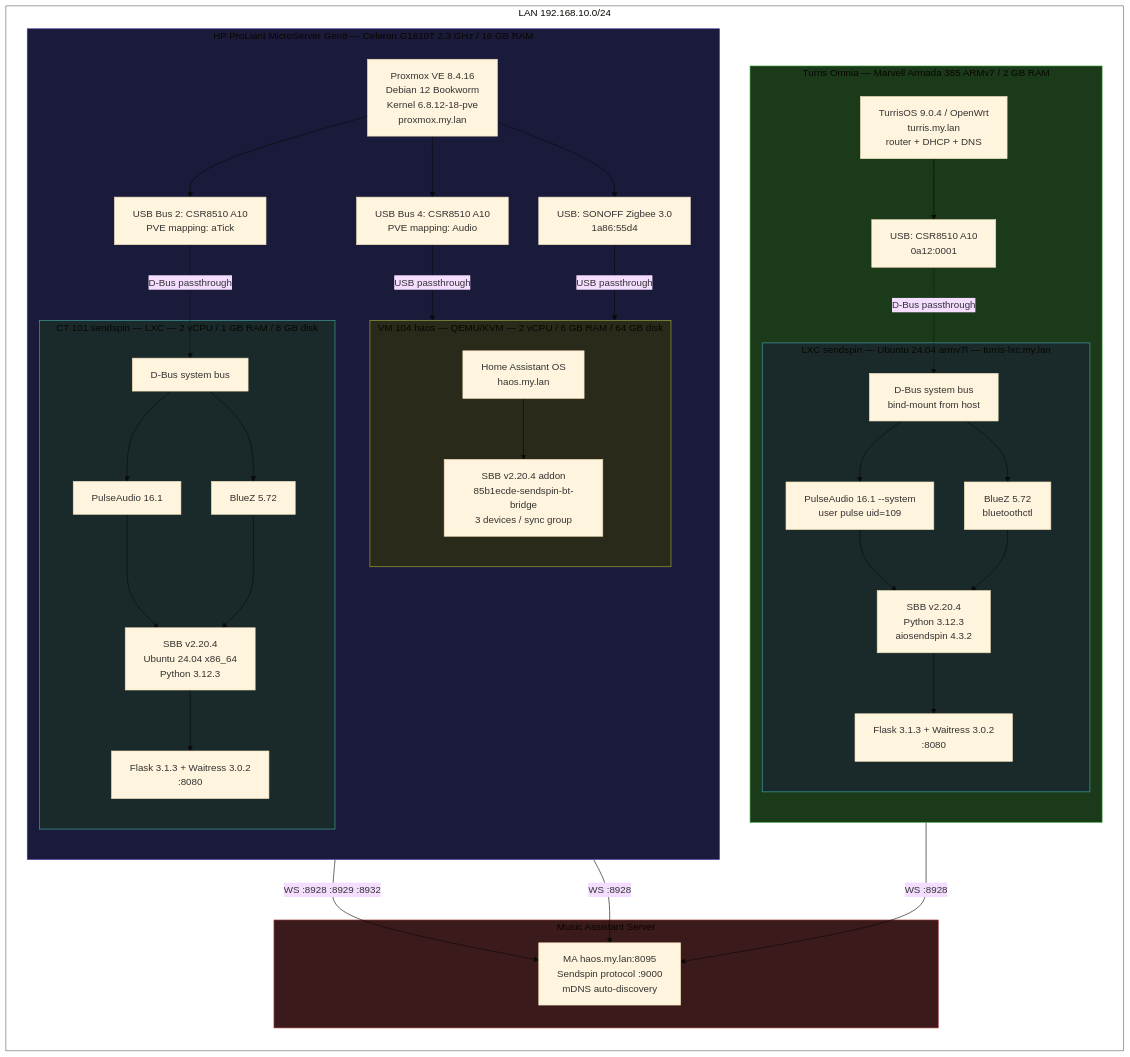
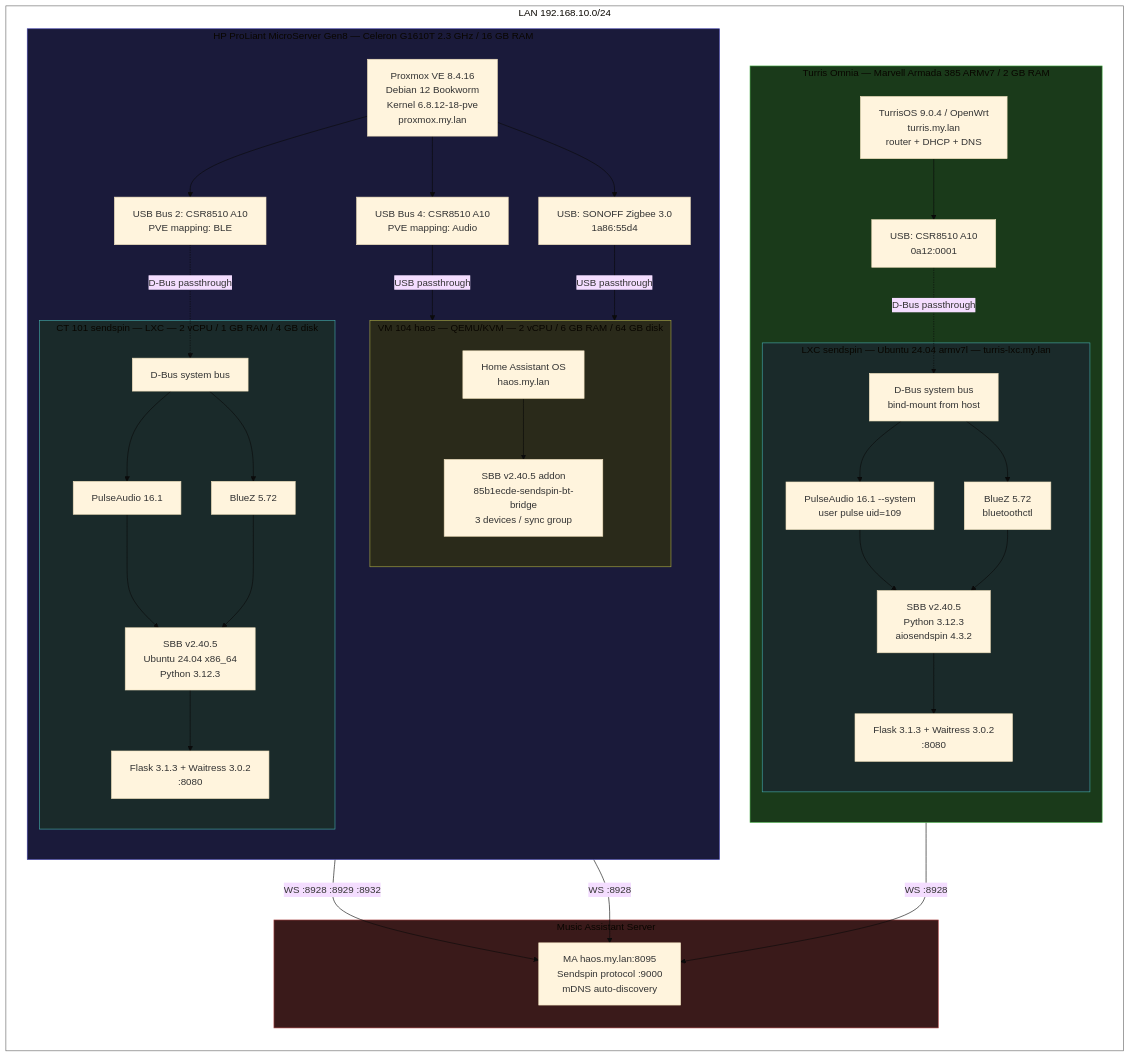
The first of 3 diagrams in docs-site/src/content/docs/test-stand.md (trudenboy/sendspin-bt-bridge), drawn with Mermaid (base theme) before and after one commit. The commit also changed other lines of this file and 49 other files, not shown here.

````diff
--- a/docs-site/src/content/docs/test-stand.md
+++ b/docs-site/src/content/docs/test-stand.md
@@ -10,76 +12,76 @@
 ```mermaid
 graph TB
     subgraph net["LAN 192.168.10.0/24"]
         direction TB
 
         subgraph turris["Turris Omnia — Marvell Armada 385 ARMv7 / 2 GB RAM"]
             direction TB
             T_HOST["TurrisOS 9.0.4 / OpenWrt<br/>turris.my.lan<br/>router + DHCP + DNS"]
             T_USB["USB: CSR8510 A10<br/>0a12:0001"]
             subgraph T_LXC["LXC sendspin — Ubuntu 24.04 armv7l — turris-lxc.my.lan"]
                 T_DBUS["D-Bus system bus<br/>bind-mount from host"]
                 T_PA["PulseAudio 16.1 --system<br/>user pulse uid=109"]
                 T_BLUEZ["BlueZ 5.72<br/>bluetoothctl"]
-                T_SBB["SBB v2.20.4<br/>Python 3.12.3<br/>aiosendspin 4.3.2"]
+                T_SBB["SBB v2.40.5<br/>Python 3.12.3<br/>aiosendspin 4.3.2"]
                 T_WEB["Flask 3.1.3 + Waitress 3.0.2<br/>:8080"]
                 T_DBUS --> T_BLUEZ
                 T_DBUS --> T_PA
                 T_PA --> T_SBB
                 T_BLUEZ --> T_SBB
                 T_SBB --> T_WEB
             end
             T_HOST --> T_USB
             T_USB -.->|D-Bus passthrough| T_DBUS
         end
 
         subgraph proxmox["HP ProLiant MicroServer Gen8 — Celeron G1610T 2.3 GHz / 16 GB RAM"]
             direction TB
             P_HOST["Proxmox VE 8.4.16<br/>Debian 12 Bookworm<br/>Kernel 6.8.12-18-pve<br/>proxmox.my.lan"]
             P_USB1["USB Bus 4: CSR8510 A10<br/>PVE mapping: Audio"]
-            P_USB2["USB Bus 2: CSR8510 A10<br/>PVE mapping: aTick"]
+            P_USB2["USB Bus 2: CSR8510 A10<br/>PVE mapping: BLE"]
             P_ZIG["USB: SONOFF Zigbee 3.0<br/>1a86:55d4"]
 
             subgraph P_VM["VM 104 haos — QEMU/KVM — 2 vCPU / 6 GB RAM / 64 GB disk"]
                 P_HAOS["Home Assistant OS<br/>haos.my.lan"]
-                P_ADDON["SBB v2.20.4 addon<br/>85b1ecde-sendspin-bt-bridge<br/>3 devices / sync group"]
+                P_ADDON["SBB v2.40.5 addon<br/>85b1ecde-sendspin-bt-bridge<br/>3 devices / sync group"]
                 P_HAOS --> P_ADDON
             end
 
-            subgraph P_CT["CT 101 sendspin — LXC — 2 vCPU / 1 GB RAM / 8 GB disk"]
+            subgraph P_CT["CT 101 sendspin — LXC — 2 vCPU / 1 GB RAM / 4 GB disk"]
                 P_DBUS["D-Bus system bus"]
                 P_PA["PulseAudio 16.1"]
                 P_BLUEZ2["BlueZ 5.72"]
-                P_SBB["SBB v2.20.4<br/>Ubuntu 24.04 x86_64<br/>Python 3.12.3"]
+                P_SBB["SBB v2.40.5<br/>Ubuntu 24.04 x86_64<br/>Python 3.12.3"]
                 P_WEB2["Flask 3.1.3 + Waitress 3.0.2<br/>:8080"]
                 P_DBUS --> P_BLUEZ2
                 P_DBUS --> P_PA
                 P_PA --> P_SBB
                 P_BLUEZ2 --> P_SBB
                 P_SBB --> P_WEB2
             end
 
             P_HOST --> P_USB1
             P_HOST --> P_USB2
             P_HOST --> P_ZIG
             P_USB1 -->|USB passthrough| P_VM
             P_USB2 -.->|D-Bus passthrough| P_DBUS
             P_ZIG -->|USB passthrough| P_VM
         end
 
         subgraph ma_box["Music Assistant Server"]
             MA["MA haos.my.lan:8095<br/>Sendspin protocol :9000<br/>mDNS auto-discovery"]
         end
     end
 
     P_ADDON -->|"WS :8928 :8929 :8932"| MA
     P_SBB -->|"WS :8928"| MA
     T_SBB -->|"WS :8928"| MA
 
     style net fill:none,stroke:#666
     style turris fill:#1a3a1a,stroke:#4a4
     style proxmox fill:#1a1a3a,stroke:#44a
     style ma_box fill:#3a1a1a,stroke:#a44
     style P_VM fill:#2a2a1a,stroke:#aa4
     style P_CT fill:#1a2a2a,stroke:#4aa
     style T_LXC fill:#1a2a2a,stroke:#4aa
 ```
````
